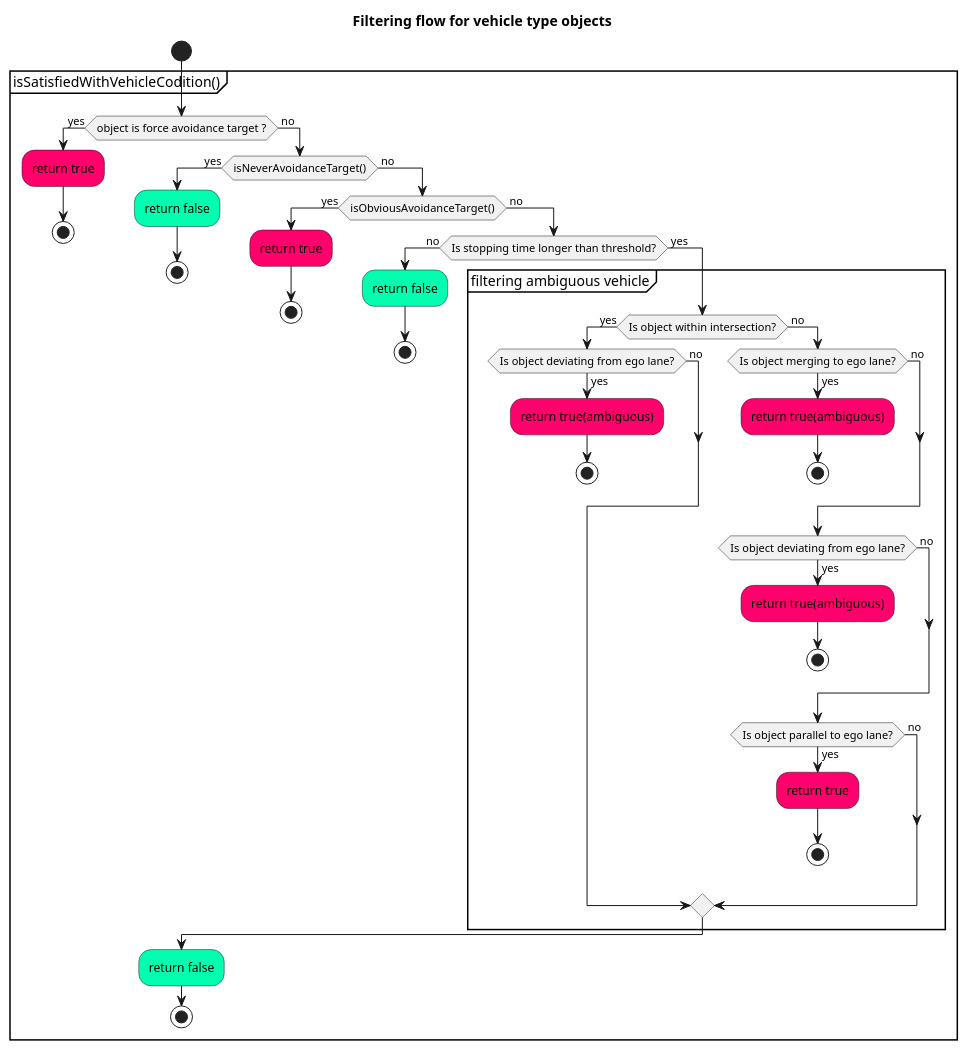
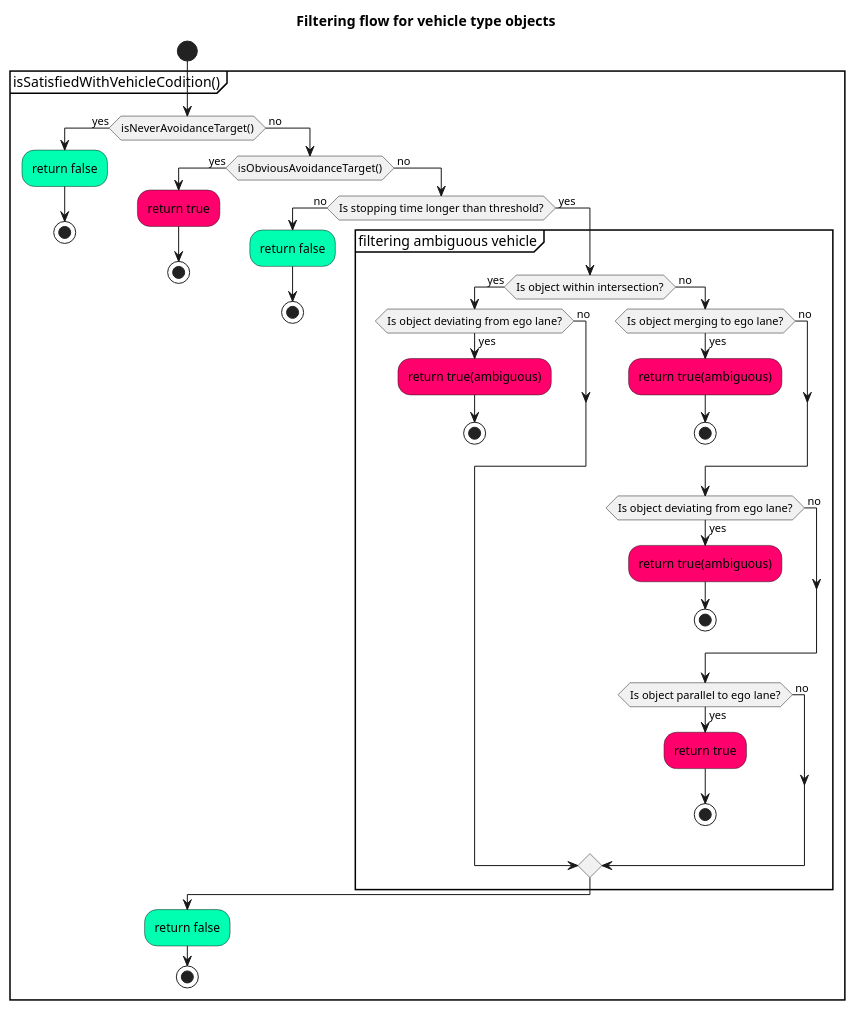
One commit to autowarefoundation/autoware changed the fifth of 9 diagrams in planning/behavior_path_planner/autoware_behavior_path_static_obstacle_avoidance_module/README.md. Above: the diagram before and after it, drawn with PlantUML.

Commit message:
docs(static_obstacle_avoidance): fix wrong flowchart (#7693)

````diff
--- a/planning/behavior_path_planner/autoware_behavior_path_static_obstacle_avoidance_module/README.md
+++ b/planning/behavior_path_planner/autoware_behavior_path_static_obstacle_avoidance_module/README.md
@@ -479,69 +479,63 @@
 ```plantuml
 @startuml
 skinparam defaultTextAlignment center
 skinparam noteTextAlignment left
 
 title Filtering flow for vehicle type objects
 start
 
 partition isSatisfiedWithVehicleCodition() {
-if(object is force avoidance target ?) then (yes)
-#FF006C :return true;
-stop
-else (\n no)
-
 if(isNeverAvoidanceTarget()) then (yes)
 #00FFB1 :return false;
 stop
 else (\n no)
 
 if(isObviousAvoidanceTarget()) then (yes)
 #FF006C :return true;
 stop
 else (\n no)
 
 if(Is stopping time longer than threshold?) then (no)
 #00FFB1 :return false;
 stop
 else (\n yes)
 
 partition filtering ambiguous vehicle {
 if(Is object within intersection?) then (yes)
 if(Is object deviating from ego lane?) then (yes)
 #FF006C :return true(ambiguous);
 stop
 else (\n no)
 endif
 else (\n no)
 
 if(Is object merging to ego lane?) then (yes)
 #FF006C :return true(ambiguous);
 stop
 else (\n no)
 endif
 
 if(Is object deviating from ego lane?) then (yes)
 #FF006C :return true(ambiguous);
 stop
 else (\n no)
 endif
 
 if(Is object parallel to ego lane?) then (yes)
 #FF006C :return true;
 stop
 else (\n no)
 endif
 
 endif
 }
 endif
 endif
 endif
-endif
 #00FFB1 :return false;
 stop
 }
 
 @enduml
 
 ```
````
